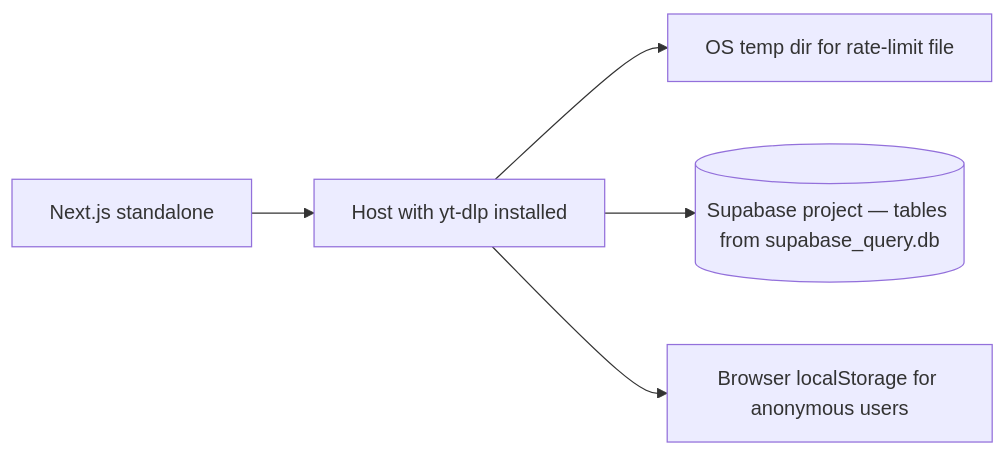
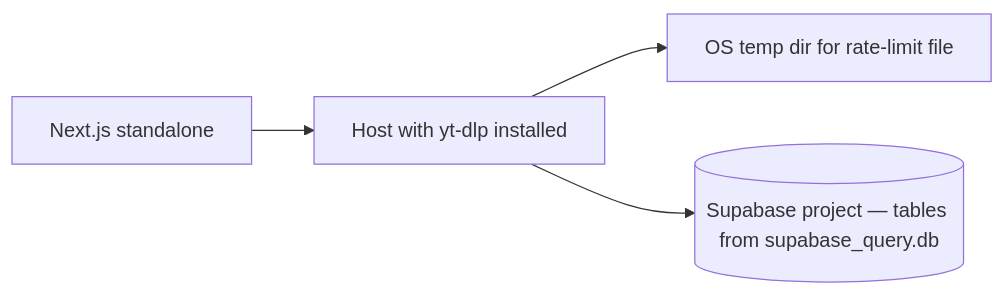
One commit to Sayantan-B-dev/Ex_TrackTube changed the fifth of 5 diagrams in docs/hld.md. Above: the diagram before and after it, drawn with Mermaid. The commit also changed other lines of this file and 5 other files, not shown here.

````diff
--- a/docs/hld.md
+++ b/docs/hld.md
@@ -107,7 +104,6 @@
 ```mermaid
 flowchart LR
     FE[Next.js standalone] --> OS[Host with yt-dlp installed]
     OS --> FS[OS temp dir for rate-limit file]
     OS --> DB[(Supabase project — tables from supabase_query.db)]
-    OS --> BR[Browser localStorage for anonymous users]
 ```
````
